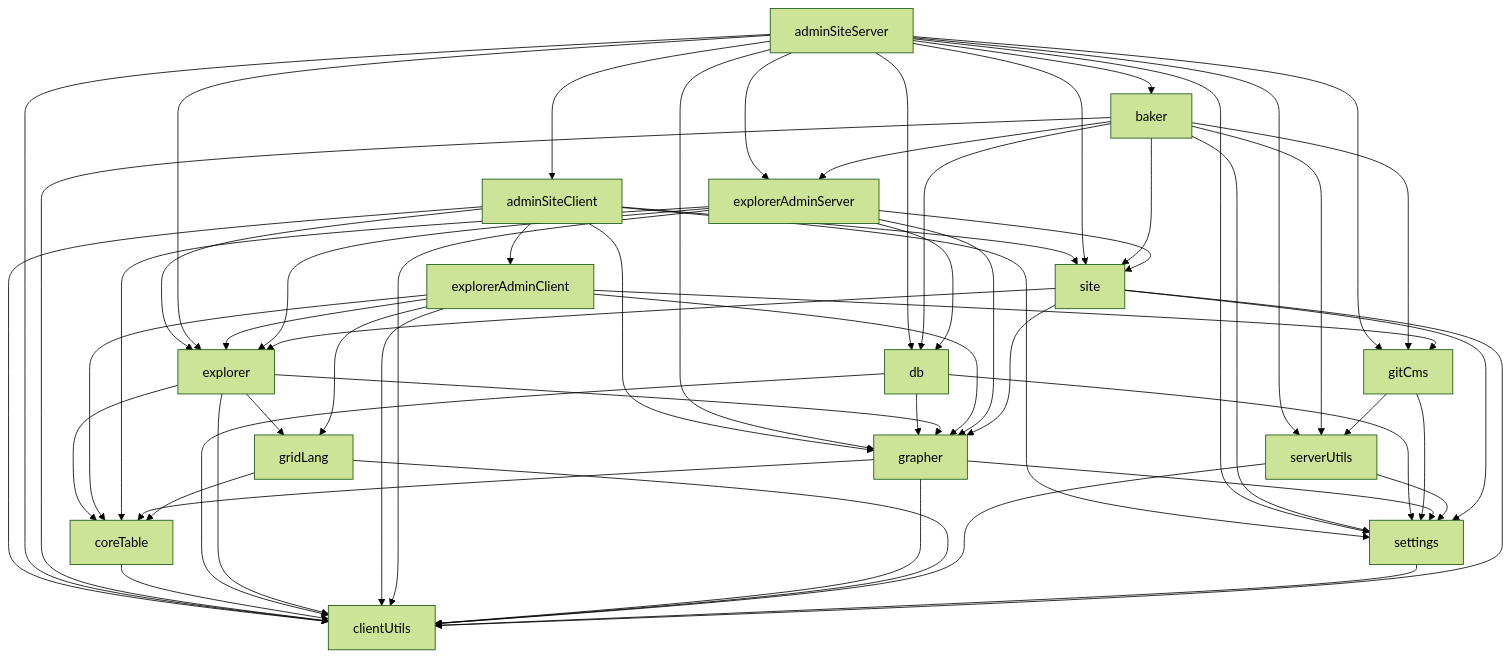
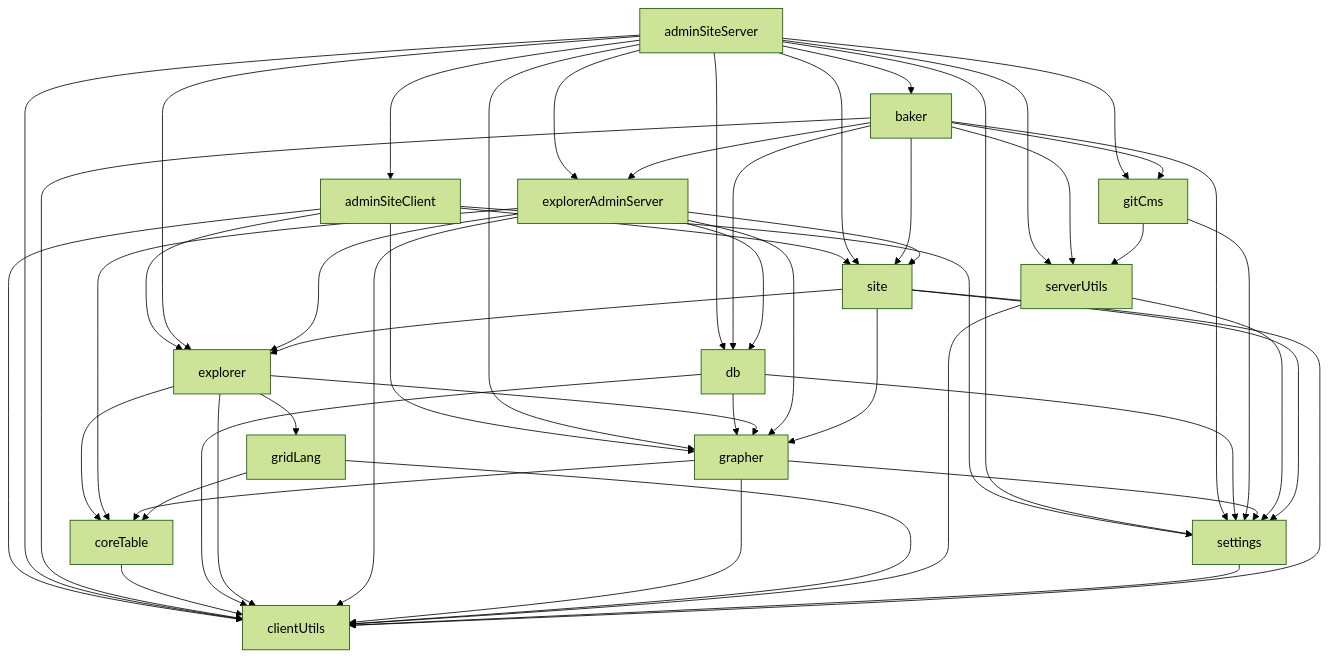
Before and after one commit to owid/owid-grapher: the diagram in devTools/project-dependencies.md, drawn with Mermaid (forest theme). The commit also changed 2 other files, not shown here.

Commit message:
:bug: fix error with ExplorerCreatePage.scss

```diff
--- a/devTools/project-dependencies.md
+++ b/devTools/project-dependencies.md
@@ -9,7 +9,6 @@
     coreTable;
     db;
     explorer;
-    explorerAdminClient;
     explorerAdminServer;
     gitCms;
     grapher;
@@ -20,7 +19,6 @@
 
     adminSiteClient --> clientUtils;
     adminSiteClient --> explorer;
-    adminSiteClient --> explorerAdminClient;
     adminSiteClient --> grapher;
     adminSiteClient --> settings;
     adminSiteClient --> site;
@@ -55,13 +53,6 @@
     explorer --> grapher;
     explorer --> gridLang;
 
-    explorerAdminClient --> clientUtils;
-    explorerAdminClient --> coreTable;
-    explorerAdminClient --> explorer;
-    explorerAdminClient --> gitCms;
-    explorerAdminClient --> grapher;
-    explorerAdminClient --> gridLang;
-
     explorerAdminServer --> clientUtils;
     explorerAdminServer --> coreTable;
     explorerAdminServer --> db;
```
